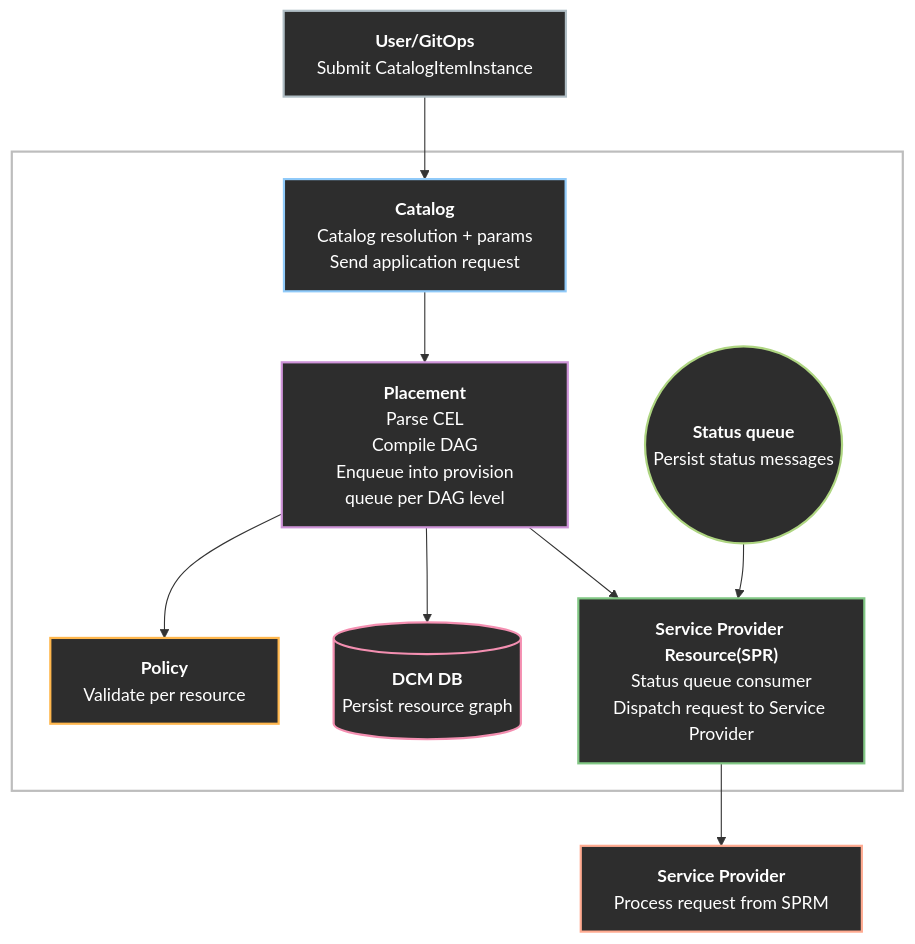
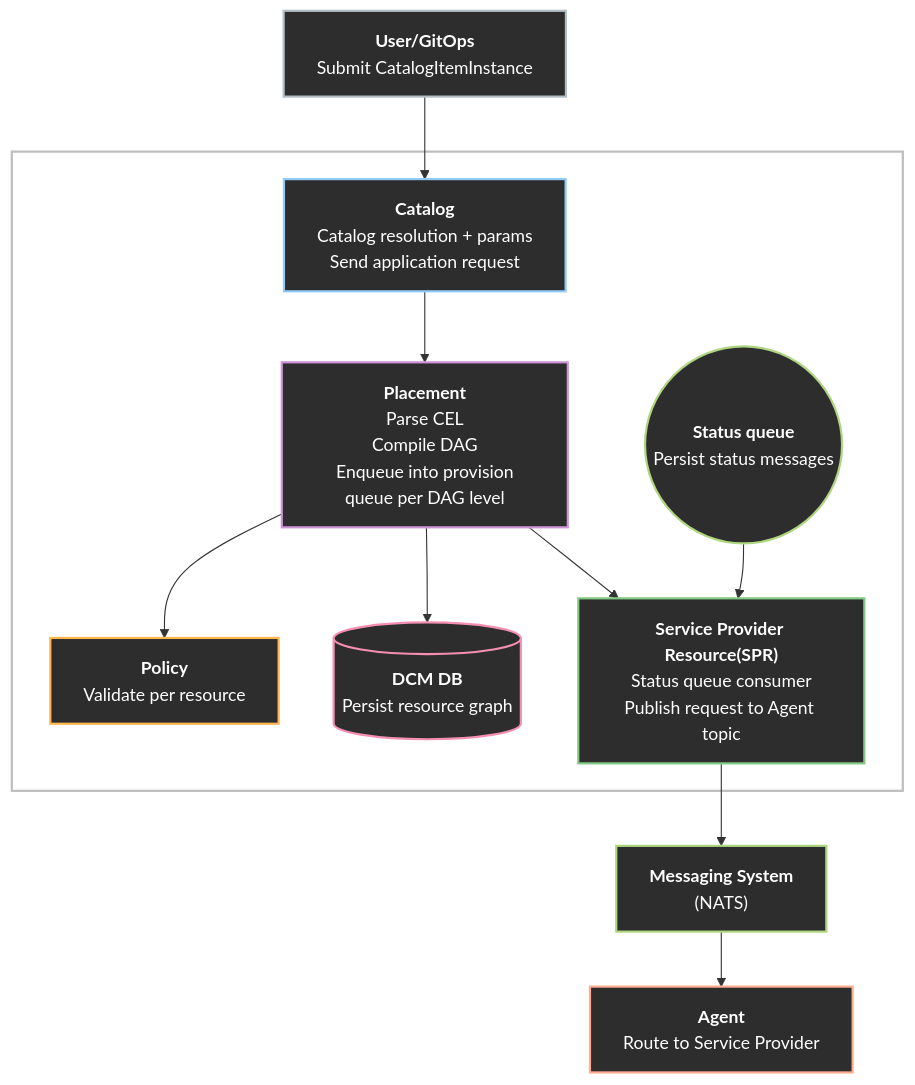
The first of 2 diagrams in enhancements/declarative-api/declarative-api.md (dcm-project/enhancements), drawn with Mermaid before and after one commit. The commit also changed other lines of this file and 9 other files, not shown here.

````diff
--- a/enhancements/declarative-api/declarative-api.md
+++ b/enhancements/declarative-api/declarative-api.md
@@ -97,44 +97,46 @@
 ```mermaid
 %%{init: {'flowchart': {'rankSpacing': 90, 'nodeSpacing': 28, 'curve': 'linear'},}}%%
 flowchart TD
     classDef catalog fill:#2d2d2d,color:#ffffff,stroke:#90caf9,stroke-width:2px
     classDef placement fill:#2d2d2d,color:#ffffff,stroke:#ce93d8,stroke-width:2px
     classDef policyEngine fill:#2d2d2d,color:#ffffff,stroke:#ffb74d,stroke-width:2px
     classDef spResource fill:#2d2d2d,color:#ffffff,stroke:#81c784,stroke-width:2px
     classDef database fill:#2d2d2d,color:#ffffff,stroke:#f48fb1,stroke-width:2px
     classDef messaging fill:#2d2d2d,color:#ffffff,stroke:#aed581,stroke-width:2px
     classDef provider fill:#2d2d2d,color:#ffffff,stroke:#ffab91,stroke-width:2px
     classDef user fill:#2d2d2d,color:#ffffff,stroke:#b0bec5,stroke-width:2px
     classDef dcmCore fill:#FFFFFF,stroke:#bdbdbd,stroke-width:2px
 
     U["<b>User/GitOps</b><br/>Submit CatalogItemInstance"]:::user
 
     subgraph DCM_Core [ ]
         CM["<b>Catalog</b><br/>Catalog resolution + params<br/>Send application request"]:::catalog
 
         PM["<b>Placement</b><br/>Parse CEL<br/> Compile DAG <br/> Enqueue into provision queue per DAG level"]:::placement
 
         PE["<b>Policy</b><br/>Validate per resource<br/>"]:::policyEngine
 
-        SPRM["<b>Service Provider Resource(SPR)</b><br/>Status queue consumer<br/>Dispatch request to Service Provider"]:::spResource
+        SPRM["<b>Service Provider Resource(SPR)</b><br/>Status queue consumer<br/>Publish request to Agent topic"]:::spResource
 
         DB[("<b>DCM DB</b><br/>Persist resource graph")]:::database
 
         ProvQ(("<b>Status queue</b><br/>Persist status messages")):::messaging
     end
 
-    SP["<b>Service Provider</b><br/>Process request from SPRM<br/>"]:::provider
+    MS["<b>Messaging System</b><br/>(NATS)"]:::messaging
+    AG["<b>Agent</b><br/>Route to Service Provider"]:::provider
 
     U --> CM
     CM --> PM
 
     PM --> PE
     PM --> DB
 
     PM --> SPRM
-    SPRM --> SP
+    SPRM --> MS
+    MS --> AG
     ProvQ --> SPRM
 
     class DCM_Core dcmCore
     class Provision_queue dcmCore
 ```
````
